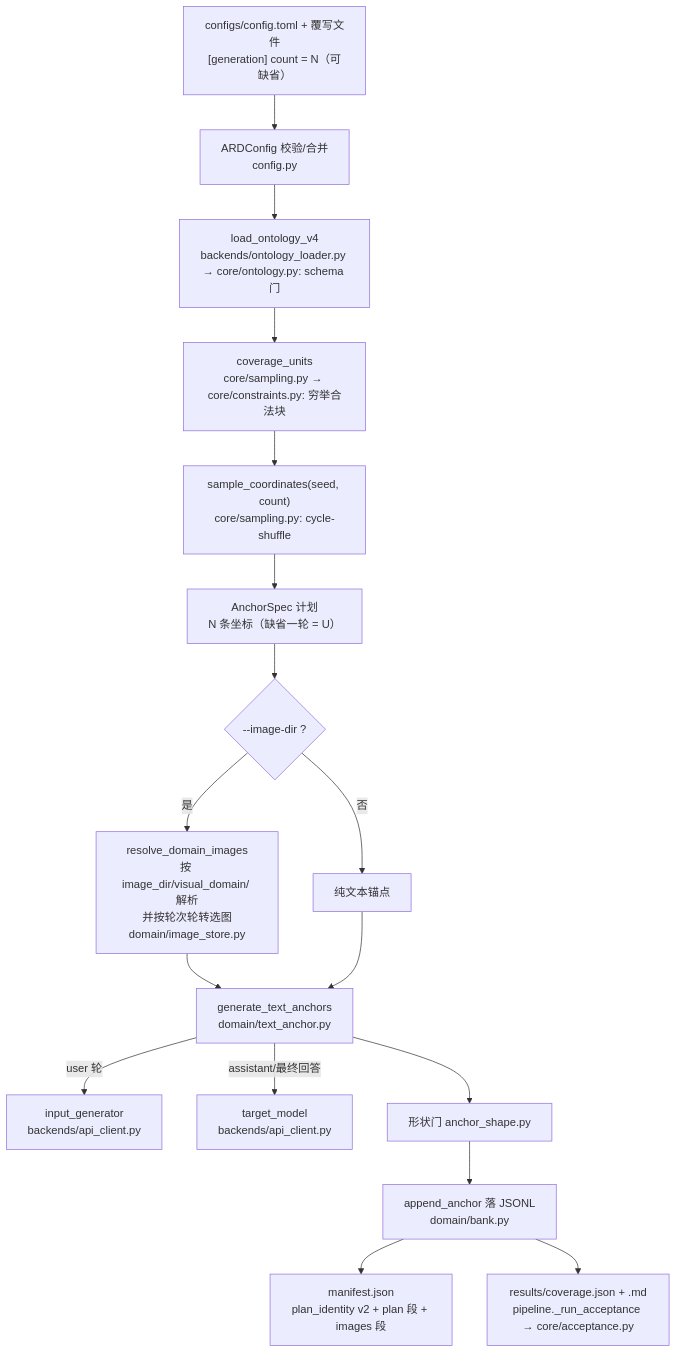
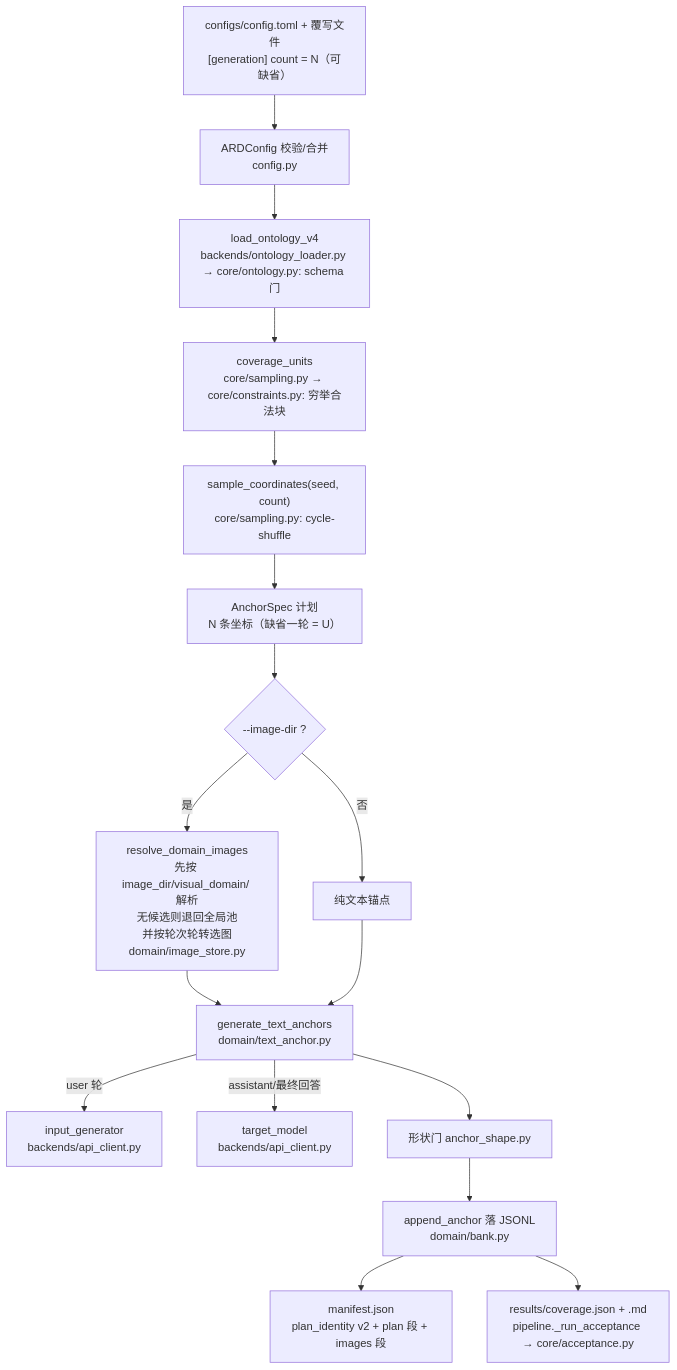
The second of 5 diagrams in docs/architecture.md (godthrone/anchor-replay-distillation), drawn with Mermaid before and after one commit. The commit also changed other lines of this file and 9 other files, not shown here.

First line of the commit message:
feat(images): reuse a picture from the whole tree instead of skipping an unstocked domain

````diff
--- a/docs/architecture.md
+++ b/docs/architecture.md
@@ -79,19 +79,19 @@
 ```mermaid
 flowchart TD
     A["configs/config.toml + 覆写文件<br/>[generation] count = N（可缺省）"] --> B["ARDConfig 校验/合并<br/>config.py"]
     B --> C["load_ontology_v4<br/>backends/ontology_loader.py → core/ontology.py: schema 门"]
     C --> D["coverage_units<br/>core/sampling.py → core/constraints.py: 穷举合法块"]
     D --> E["sample_coordinates(seed, count)<br/>core/sampling.py: cycle-shuffle"]
     E --> F["AnchorSpec 计划<br/>N 条坐标（缺省一轮 = U）"]
     F --> G{"--image-dir ?"}
-    G -- 是 --> H["resolve_domain_images<br/>按 image_dir/visual_domain/ 解析<br/>并按轮次轮转选图<br/>domain/image_store.py"]
+    G -- 是 --> H["resolve_domain_images<br/>先按 image_dir/visual_domain/ 解析<br/>无候选则退回全局池<br/>并按轮次轮转选图<br/>domain/image_store.py"]
     G -- 否 --> I["纯文本锚点"]
     H --> J["generate_text_anchors<br/>domain/text_anchor.py"]
     I --> J
     J -->|"user 轮"| K["input_generator<br/>backends/api_client.py"]
     J -->|"assistant/最终回答"| L["target_model<br/>backends/api_client.py"]
     J --> M["形状门 anchor_shape.py"]
     M --> N["append_anchor 落 JSONL<br/>domain/bank.py"]
     N --> O["manifest.json<br/>plan_identity v2 + plan 段 + images 段"]
     N --> P["results/coverage.json + .md<br/>pipeline._run_acceptance → core/acceptance.py"]
 ```
````
